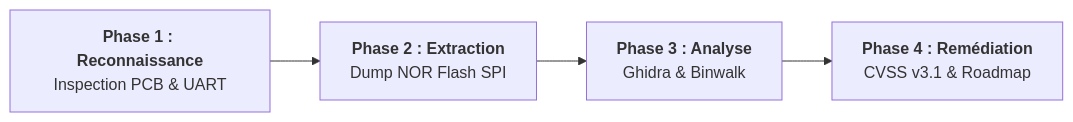
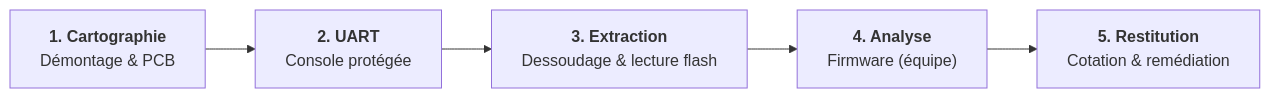
The diagram in src/content/projects/audit-securite-iot.md (piaw-cavarec/piaw-cavarec.github.io), drawn with Mermaid before and after one commit. The commit also changed other lines of this file and 1 other file, not shown here.

First line of the commit message:
fix(projects): corrige la page audit IoT (UART, rôle, cotation)

````diff
--- a/src/content/projects/audit-securite-iot.md
+++ b/src/content/projects/audit-securite-iot.md
@@ -37,9 +29,10 @@
 ```mermaid
 flowchart LR
-    P1["<b>Phase 1 : Reconnaissance</b><br/>Inspection PCB & UART"]
-    P2["<b>Phase 2 : Extraction</b><br/>Dump NOR Flash SPI"]
-    P3["<b>Phase 3 : Analyse</b><br/>Ghidra & Binwalk"]
-    P4["<b>Phase 4 : Remédiation</b><br/>CVSS v3.1 & Roadmap"]
+    P1["<b>1. Cartographie</b><br/>Démontage & PCB"]
+    P2["<b>2. UART</b><br/>Console protégée"]
+    P3["<b>3. Extraction</b><br/>Dessoudage & lecture flash"]
+    P4["<b>4. Analyse</b><br/>Firmware (équipe)"]
+    P5["<b>5. Restitution</b><br/>Cotation & remédiation"]
 
-    P1 --> P2 --> P3 --> P4
+    P1 --> P2 --> P3 --> P4 --> P5
 ```
````
